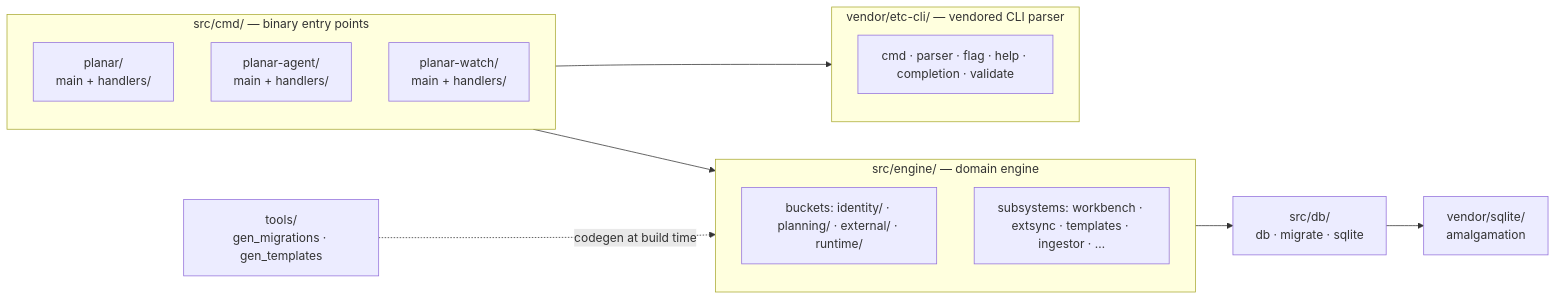
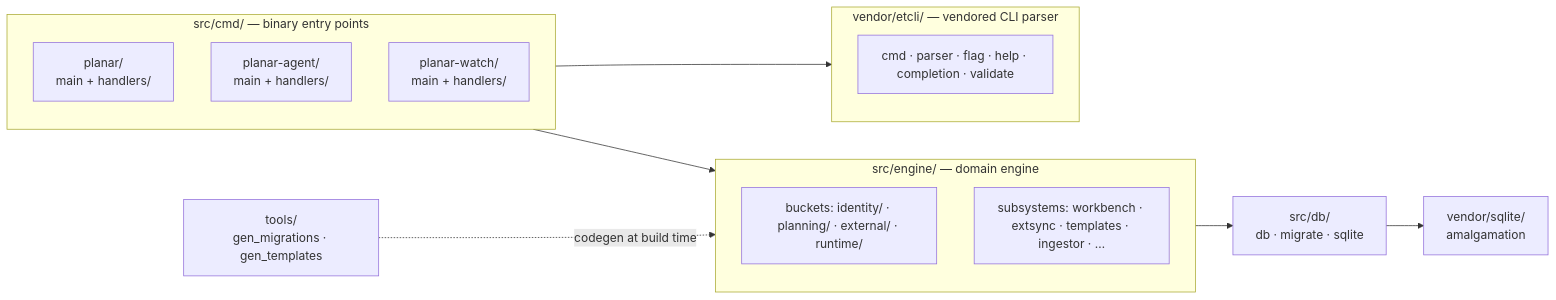
Before and after one commit to rdrsss/planar: the second of 2 diagrams in docs/architecture.md, drawn with Mermaid. The commit also changed other lines of this file and 46 other files, not shown here.

````diff
--- a/docs/architecture.md
+++ b/docs/architecture.md
@@ -199,27 +199,27 @@
 ```mermaid
 flowchart LR
     subgraph CMD["src/cmd/ — binary entry points"]
         P["planar/<br/>main + handlers/"]
         PA["planar-agent/<br/>main + handlers/"]
         PW["planar-watch/<br/>main + handlers/"]
     end
 
-    subgraph CLI["vendor/etc-cli/ — vendored CLI parser"]
+    subgraph CLI["vendor/etcli/ — vendored CLI parser"]
         CLI1["cmd · parser · flag · help · completion · validate"]
     end
 
     subgraph ENG["src/engine/ — domain engine"]
         EB["buckets: identity/ · planning/ · external/ · runtime/"]
         ES["subsystems: workbench · extsync · templates · ingestor · …"]
     end
 
     DBM["src/db/<br/>db · migrate · sqlite"]
     TOOLS["tools/<br/>gen_migrations · gen_templates"]
     VEND["vendor/sqlite/<br/>amalgamation"]
 
     CMD --> CLI
     CMD --> ENG
     ENG --> DBM
     DBM --> VEND
     TOOLS -.->|codegen at build time| ENG
 ```
````
